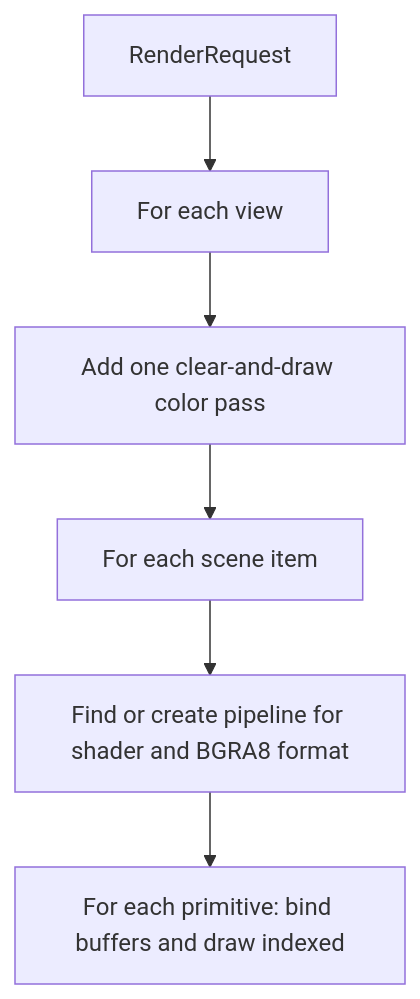
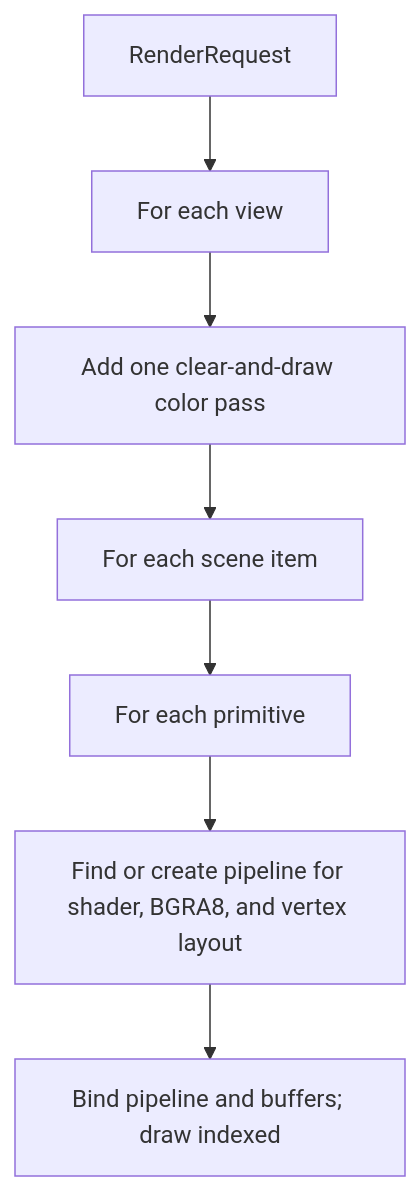
The second of 2 diagrams in docs/renderer-design.md (nekoffski/starlight), drawn with Mermaid before and after one commit. The commit also changed other lines of this file and 19 other files, not shown here.

Commit message:
feat: support explicit vertex layouts and shader input subsets

````diff
--- a/docs/renderer-design.md
+++ b/docs/renderer-design.md
@@ -108,8 +110,9 @@
 ```mermaid
 flowchart TD
     Request[RenderRequest] --> Views[For each view]
     Views --> Pass[Add one clear-and-draw color pass]
     Pass --> Items[For each scene item]
-    Items --> Pipeline[Find or create pipeline for shader and BGRA8 format]
-    Pipeline --> Primitives[For each primitive: bind buffers and draw indexed]
+    Items --> Primitives[For each primitive]
+    Primitives --> Pipeline[Find or create pipeline for shader, BGRA8, and vertex layout]
+    Pipeline --> Draw[Bind pipeline and buffers; draw indexed]
 ```
````
